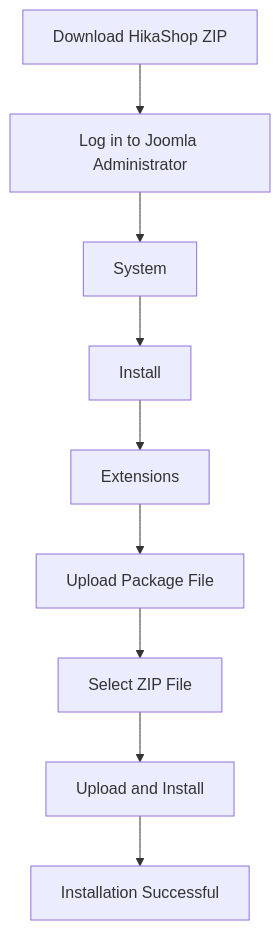
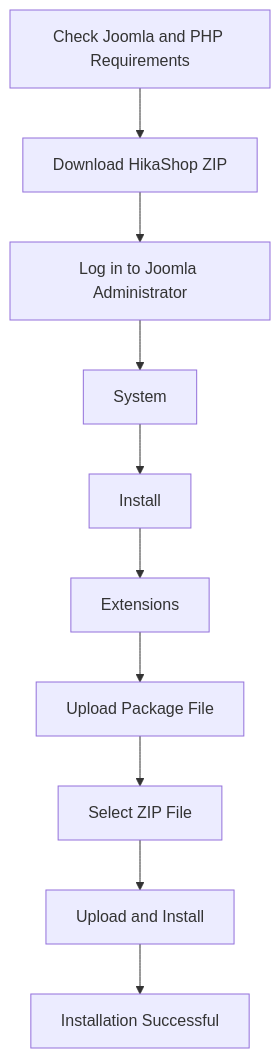
One commit to duyduyly/php-notebook changed the second of 6 diagrams in joomla/learning/extensions/hikashop-6-5-2-installation-guide.md. Above: the diagram before and after it, drawn with Mermaid. The commit also changed other lines of this file, not shown here.

Commit message:
Add Joomla and PHP requirements to HikaShop 6.5.2 guide

````diff
--- a/joomla/learning/extensions/hikashop-6-5-2-installation-guide.md
+++ b/joomla/learning/extensions/hikashop-6-5-2-installation-guide.md
@@ -94,11 +150,12 @@
 ```mermaid
 flowchart TD
-    A[Download HikaShop ZIP] --> B[Log in to Joomla Administrator]
-    B --> C[System]
-    C --> D[Install]
-    D --> E[Extensions]
-    E --> F[Upload Package File]
-    F --> G[Select ZIP File]
-    G --> H[Upload and Install]
-    H --> I[Installation Successful]
+    A[Check Joomla and PHP Requirements] --> B[Download HikaShop ZIP]
+    B --> C[Log in to Joomla Administrator]
+    C --> D[System]
+    D --> E[Install]
+    E --> F[Extensions]
+    F --> G[Upload Package File]
+    G --> H[Select ZIP File]
+    H --> I[Upload and Install]
+    I --> J[Installation Successful]
 ```
````
